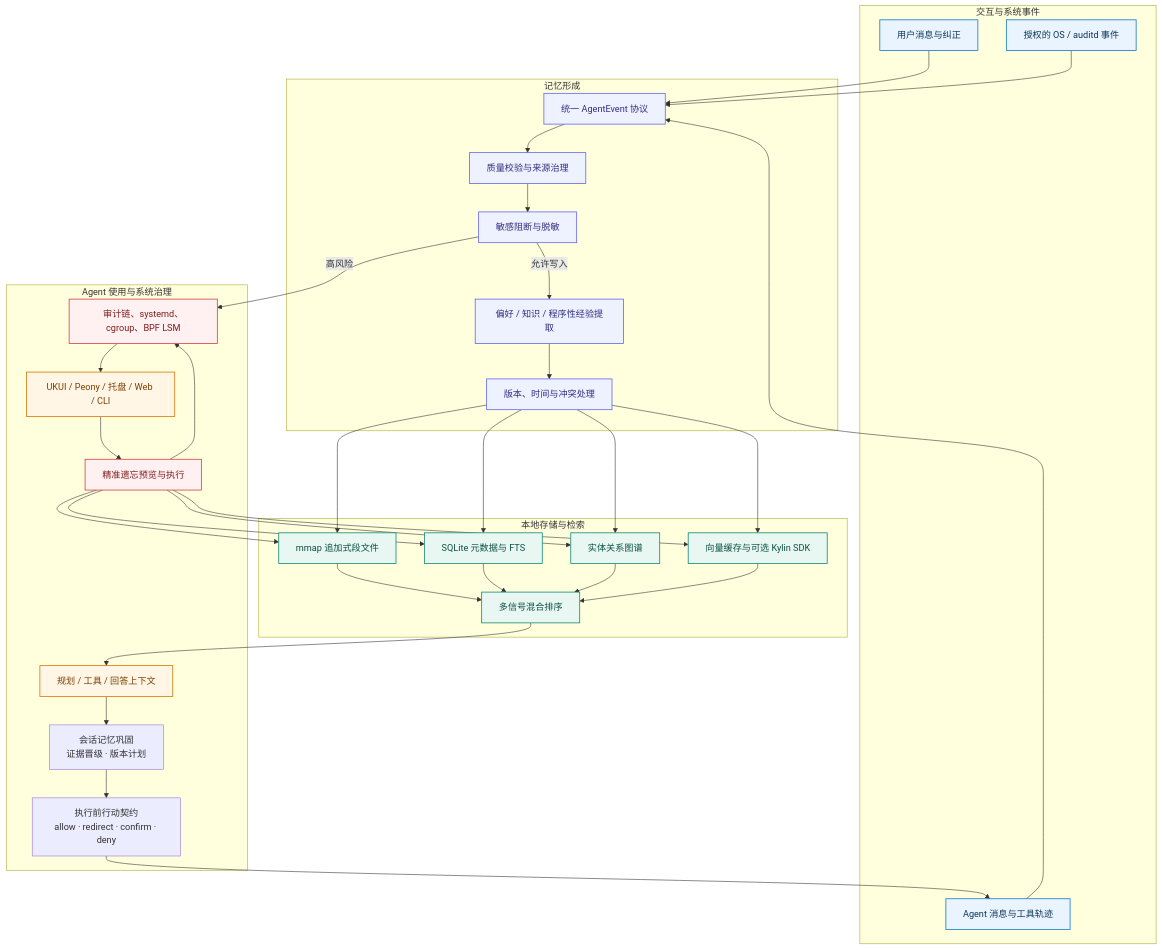
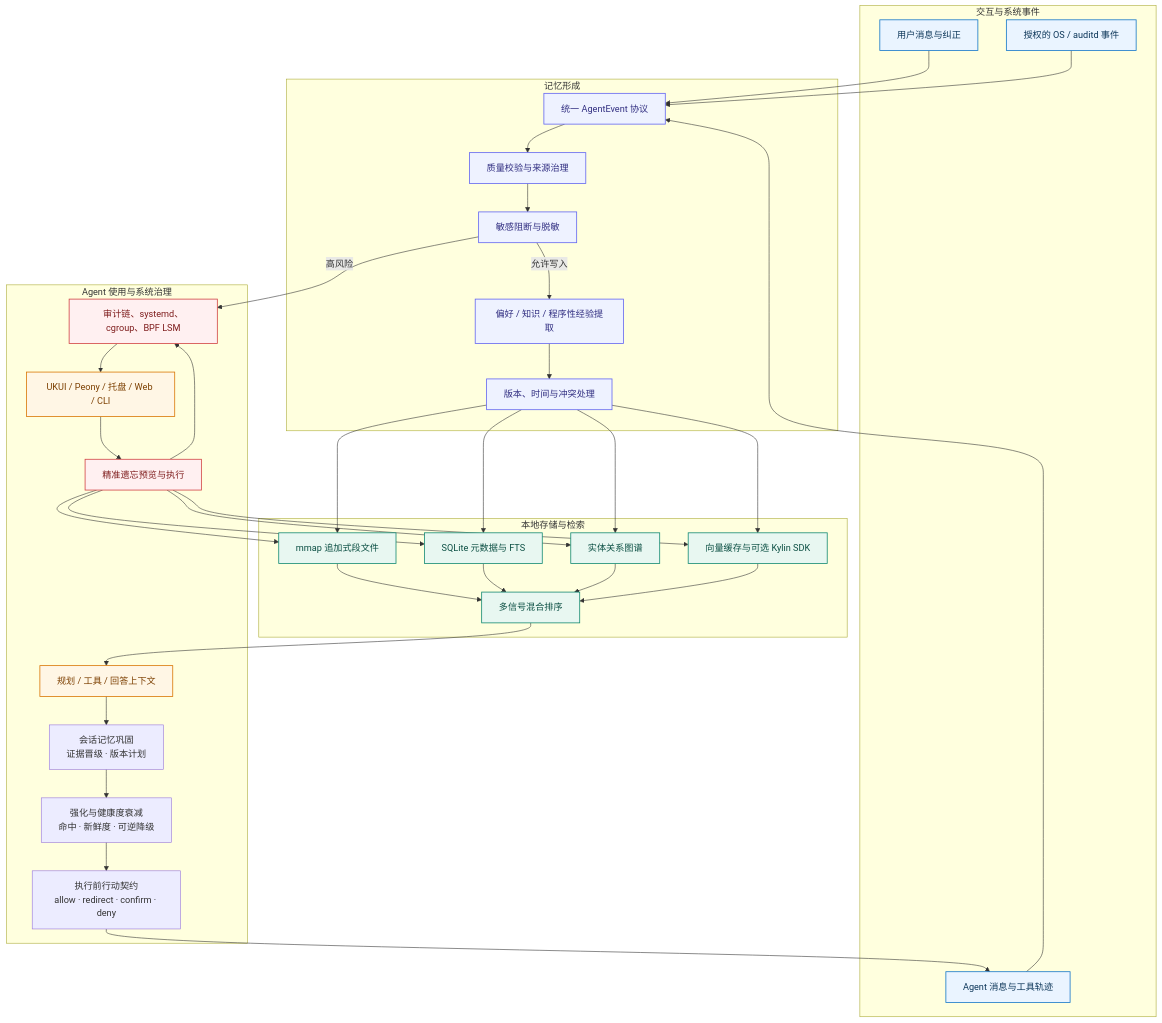
One commit to Alexd-star/memguardos changed the second of 2 diagrams in README.md. Above: the diagram before and after it, drawn with Mermaid. The commit also changed other lines of this file and 12 other files, not shown here.

````diff
--- a/README.md
+++ b/README.md
@@ -334,68 +334,69 @@
 ```mermaid
 flowchart TB
     subgraph S1["交互与系统事件"]
         U["用户消息与纠正"]
         A["Agent 消息与工具轨迹"]
         O["授权的 OS / auditd 事件"]
     end
 
     subgraph S2["记忆形成"]
         E["统一 AgentEvent 协议"]
         Q["质量校验与来源治理"]
         P["敏感阻断与脱敏"]
         X["偏好 / 知识 / 程序性经验提取"]
         V["版本、时间与冲突处理"]
     end
 
     subgraph S3["本地存储与检索"]
         M["mmap 追加式段文件"]
         D["SQLite 元数据与 FTS"]
         G["实体关系图谱"]
         R["向量缓存与可选 Kylin SDK"]
         H["多信号混合排序"]
     end
 
     subgraph S4["Agent 使用与系统治理"]
         C["规划 / 工具 / 回答上下文"]
         G2["执行前行动契约<br/>allow · redirect · confirm · deny"]
         L["会话记忆巩固<br/>证据晋级 · 版本计划"]
+        D2["强化与健康度衰减<br/>命中 · 新鲜度 · 可逆降级"]
         F["精准遗忘预览与执行"]
         Z["审计链、systemd、cgroup、BPF LSM"]
         UI["UKUI / Peony / 托盘 / Web / CLI"]
     end
 
     U --> E
     A --> E
     O --> E
     E --> Q --> P
     P -->|"允许写入"| X --> V
     P -->|"高风险"| Z
     V --> M
     V --> D
     V --> G
     V --> R
     M --> H
     D --> H
     G --> H
     R --> H
-    H --> C --> L --> G2 --> A
+    H --> C --> L --> D2 --> G2 --> A
     UI --> F
     F --> M
     F --> D
     F --> G
     F --> R
     F --> Z
     Z --> UI
 
     classDef event fill:#EAF4FF,stroke:#1677C8,color:#0B3558,stroke-width:1.4px;
     classDef form fill:#EEF2FF,stroke:#6366F1,color:#312E81,stroke-width:1.4px;
     classDef store fill:#E8F7F1,stroke:#138A72,color:#0B4F43,stroke-width:1.4px;
     classDef use fill:#FFF6E5,stroke:#D97706,color:#7C3F00,stroke-width:1.4px;
     classDef govern fill:#FFF0F1,stroke:#D14343,color:#7F1D1D,stroke-width:1.4px;
 
     class U,A,O event;
     class E,Q,P,X,V form;
     class M,D,G,R,H store;
     class C,UI use;
     class F,Z govern;
 ```
````
